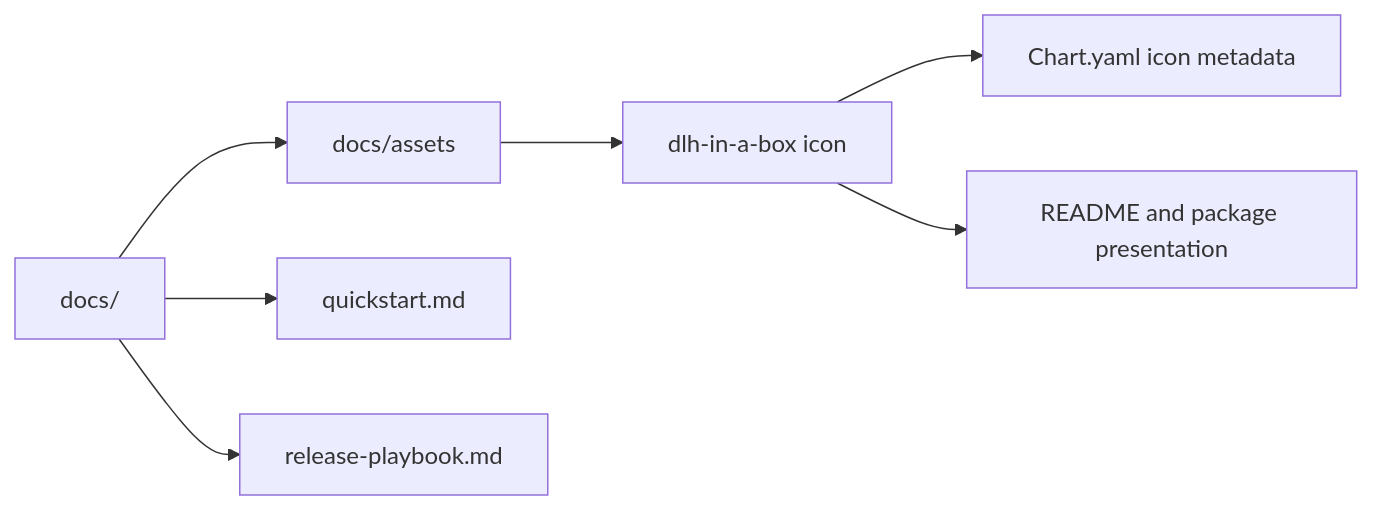
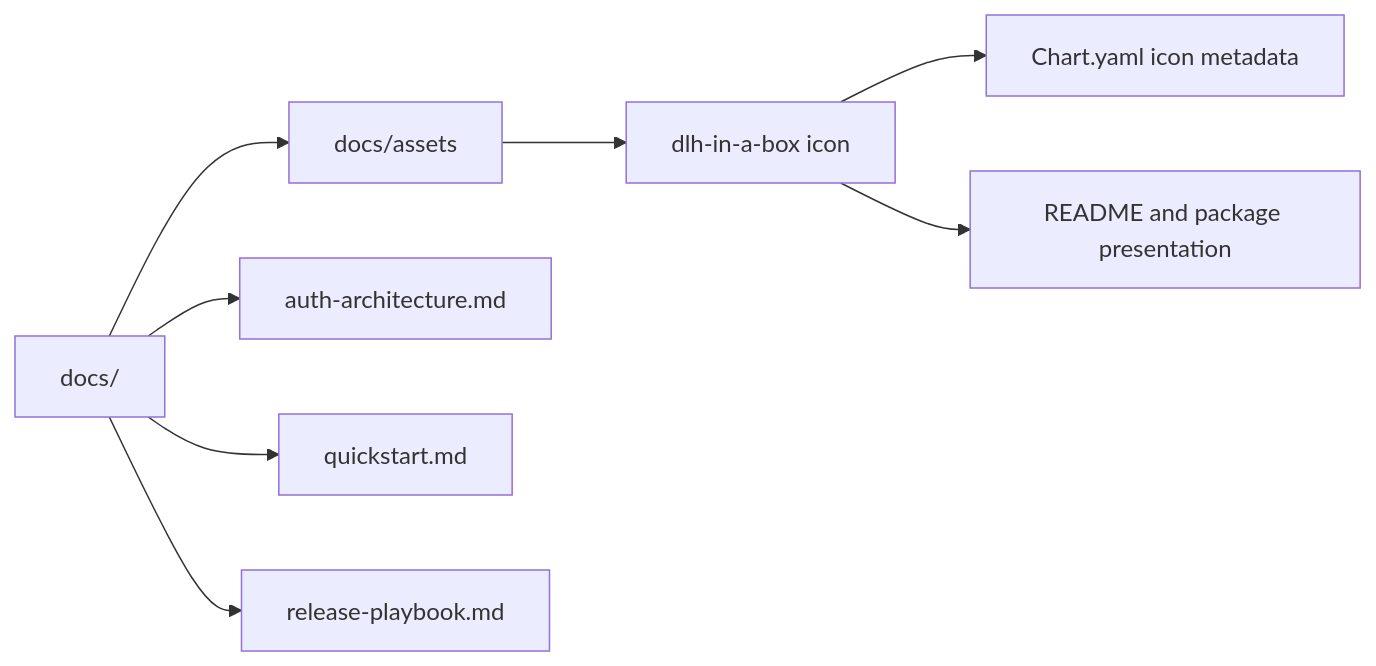
The diagram in docs/README.md (sanger-pathogens/dlh-in-a-box-umbrella-helm-chart), drawn with Mermaid before and after one commit. The commit also changed other lines of this file and 30 other files, not shown here.

````diff
--- a/docs/README.md
+++ b/docs/README.md
@@ -8,9 +8,10 @@
 ```mermaid
 flowchart LR
   Docs[docs/] --> Assets[docs/assets]
+  Docs --> Auth[auth-architecture.md]
   Docs --> Quickstart[quickstart.md]
   Docs --> Release[release-playbook.md]
   Assets --> Icon[dlh-in-a-box icon]
   Icon --> ChartMetadata[Chart.yaml icon metadata]
   Icon --> Readme[README and package presentation]
 ```
````
